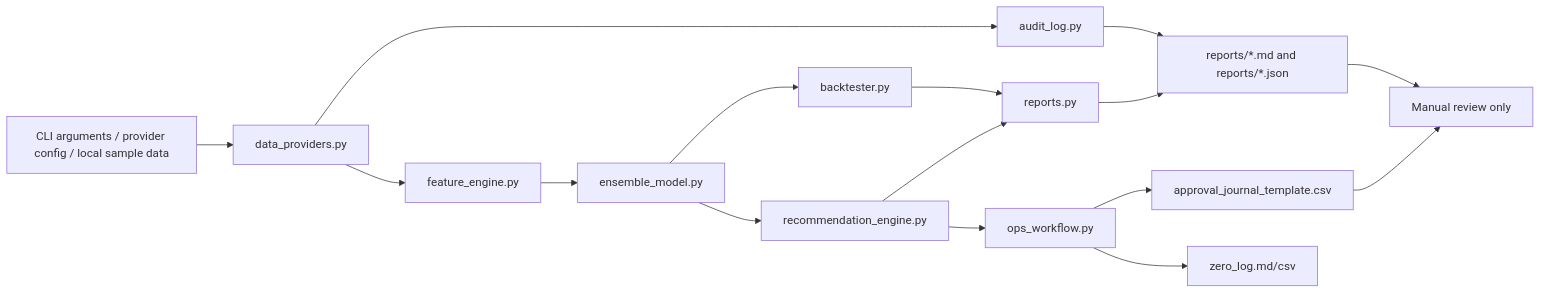
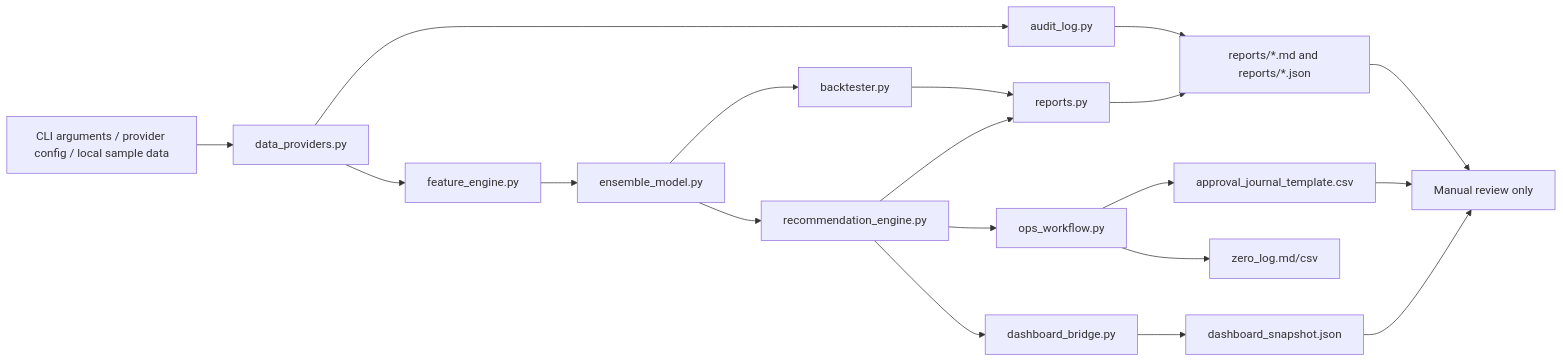
The second of 5 diagrams in docs/SYSTEM_ARCHITECTURE.md (macho715/stock_hermes), drawn with Mermaid before and after one commit. The commit also changed other lines of this file and 46 other files, not shown here.

Commit message:
Add dashboard export bridge and ops docs

````diff
--- a/docs/SYSTEM_ARCHITECTURE.md
+++ b/docs/SYSTEM_ARCHITECTURE.md
@@ -42,18 +47,21 @@
 ```mermaid
 flowchart LR
     Input[CLI arguments / provider config / local sample data] --> Provider[data_providers.py]
     Provider --> Audit[audit_log.py]
     Provider --> Features[feature_engine.py]
     Features --> Model[ensemble_model.py]
     Model --> Backtest[backtester.py]
     Model --> Recommendation[recommendation_engine.py]
     Backtest --> ReportWriter[reports.py]
     Recommendation --> ReportWriter
     Recommendation --> OpsWorkflow[ops_workflow.py]
+    Recommendation --> DashboardBridge[dashboard_bridge.py]
     ReportWriter --> Reports[reports/*.md and reports/*.json]
+    DashboardBridge --> Snapshot[dashboard_snapshot.json]
     OpsWorkflow --> Approval[approval_journal_template.csv]
     OpsWorkflow --> ZeroLog[zero_log.md/csv]
     Audit --> Reports
     Reports --> HumanReview[Manual review only]
+    Snapshot --> HumanReview
     Approval --> HumanReview
 ```
````
